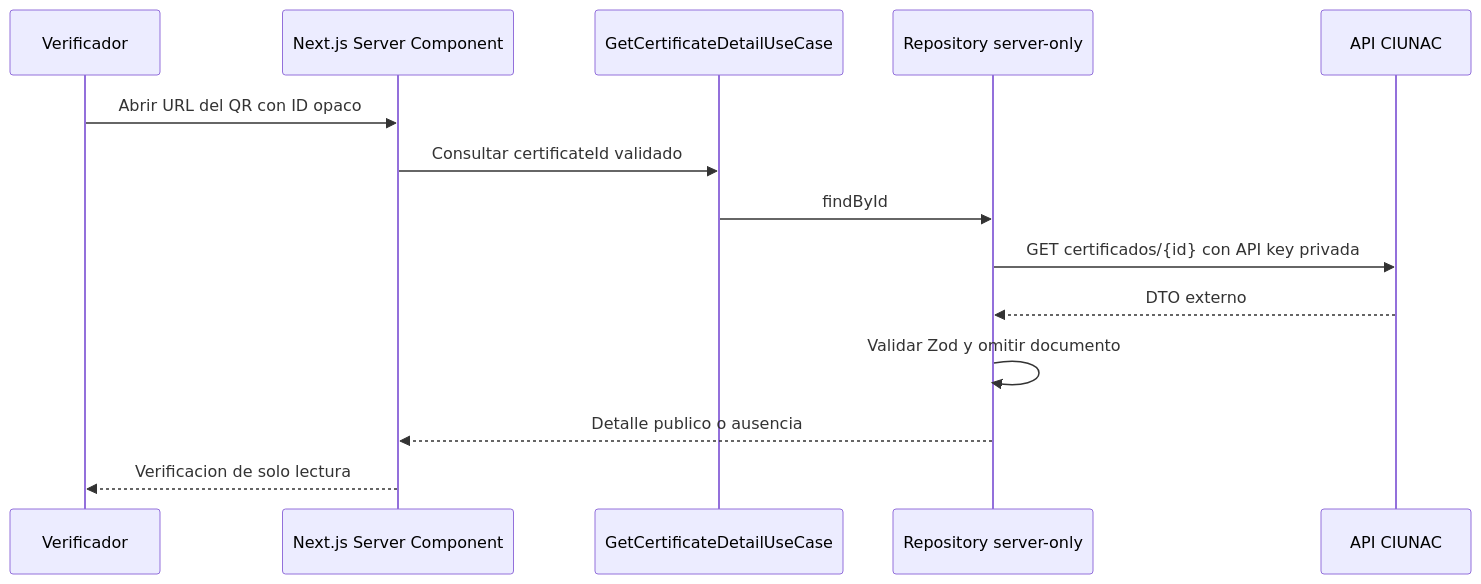
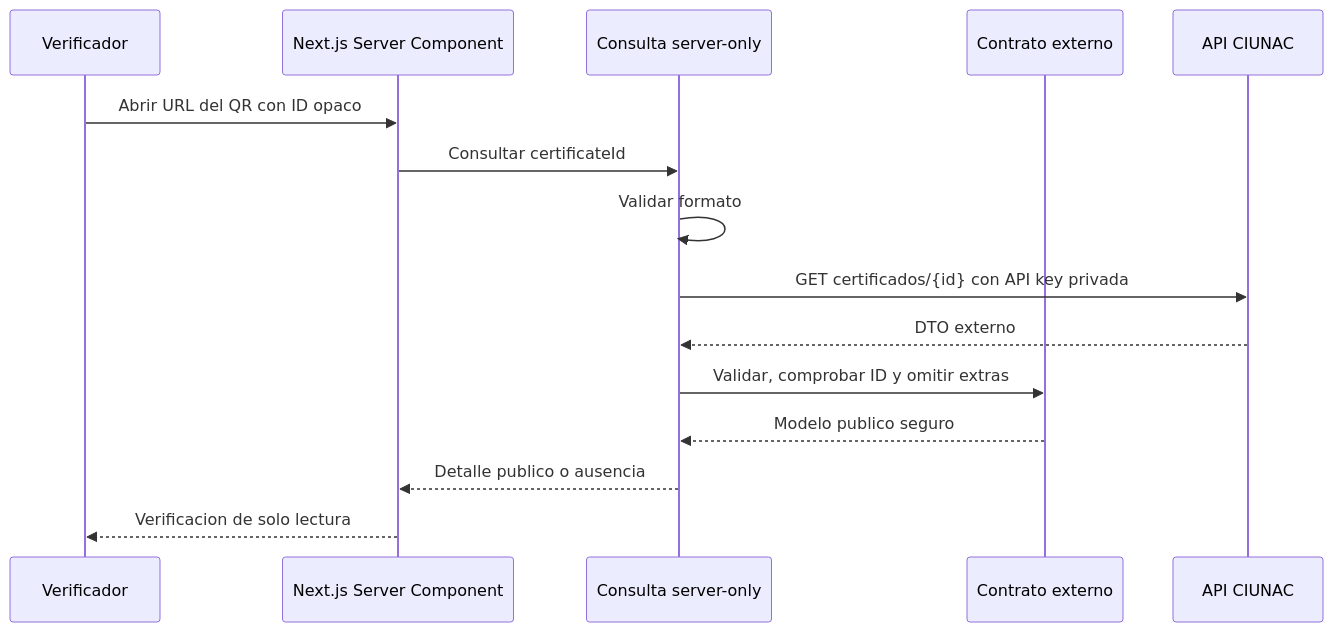
One commit to luismiguelgs/ciunac-sol-1.3 changed the diagram in docs/architecture/adr/017-public-certificate-qr-access.md. Above: the diagram before and after it, drawn with Mermaid. The commit also changed other lines of this file and 431 other files, not shown here.

````diff
--- a/docs/architecture/adr/017-public-certificate-qr-access.md
+++ b/docs/architecture/adr/017-public-certificate-qr-access.md
@@ -33,17 +33,18 @@
 ```mermaid
 sequenceDiagram
     participant User as Verificador
     participant Page as Next.js Server Component
-    participant UseCase as GetCertificateDetailUseCase
-    participant Repo as Repository server-only
+    participant Query as Consulta server-only
+    participant Contract as Contrato externo
     participant API as API CIUNAC
 
     User->>Page: Abrir URL del QR con ID opaco
-    Page->>UseCase: Consultar certificateId validado
-    UseCase->>Repo: findById
-    Repo->>API: GET certificados/{id} con API key privada
-    API-->>Repo: DTO externo
-    Repo->>Repo: Validar Zod y omitir documento
-    Repo-->>Page: Detalle publico o ausencia
+    Page->>Query: Consultar certificateId
+    Query->>Query: Validar formato
+    Query->>API: GET certificados/{id} con API key privada
+    API-->>Query: DTO externo
+    Query->>Contract: Validar, comprobar ID y omitir extras
+    Contract-->>Query: Modelo publico seguro
+    Query-->>Page: Detalle publico o ausencia
     Page-->>User: Verificacion de solo lectura
 ```
````
